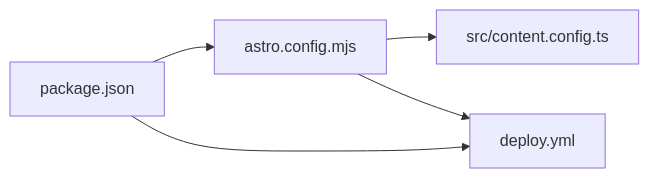
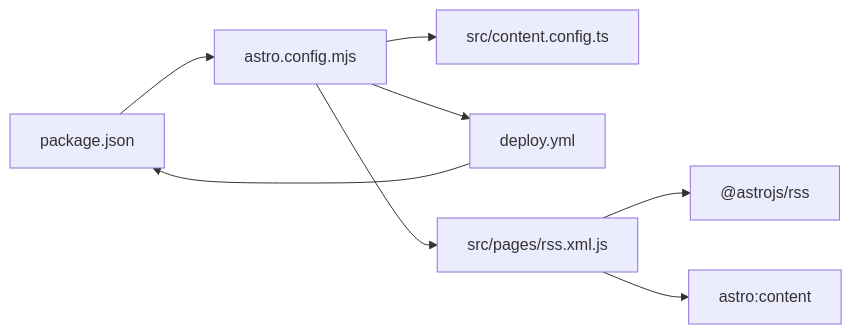
One commit to NTLx/ntlx.github.io changed diagram 11 of 11 in .qoder/repowiki/zh/content/内容管理系统/内容管理系统.md. Above: the diagram before and after it, drawn with Mermaid. The commit also changed other lines of this file and 7 other files, not shown here.

````diff
--- a/.qoder/repowiki/zh/content/内容管理系统/内容管理系统.md
+++ b/.qoder/repowiki/zh/content/内容管理系统/内容管理系统.md
@@ -350,7 +469,10 @@
 ```mermaid
 graph LR
 P["package.json"] --> A["astro.config.mjs"]
 A --> C["src/content.config.ts"]
 A --> W["deploy.yml"]
-P --> W
+A --> R["src/pages/rss.xml.js"]
+R --> AR["@astrojs/rss"]
+R --> AC["astro:content"]
+W --> P
 ```
````
